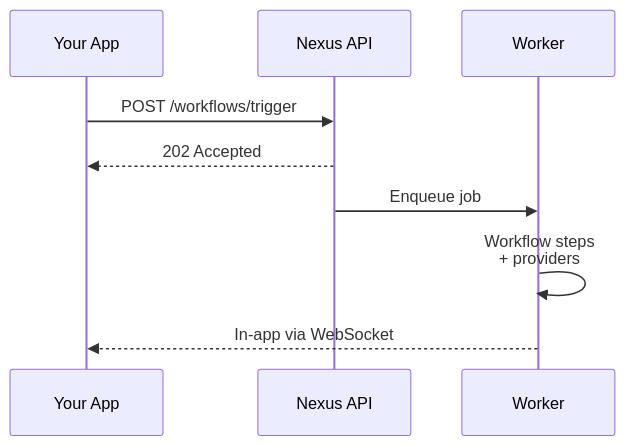
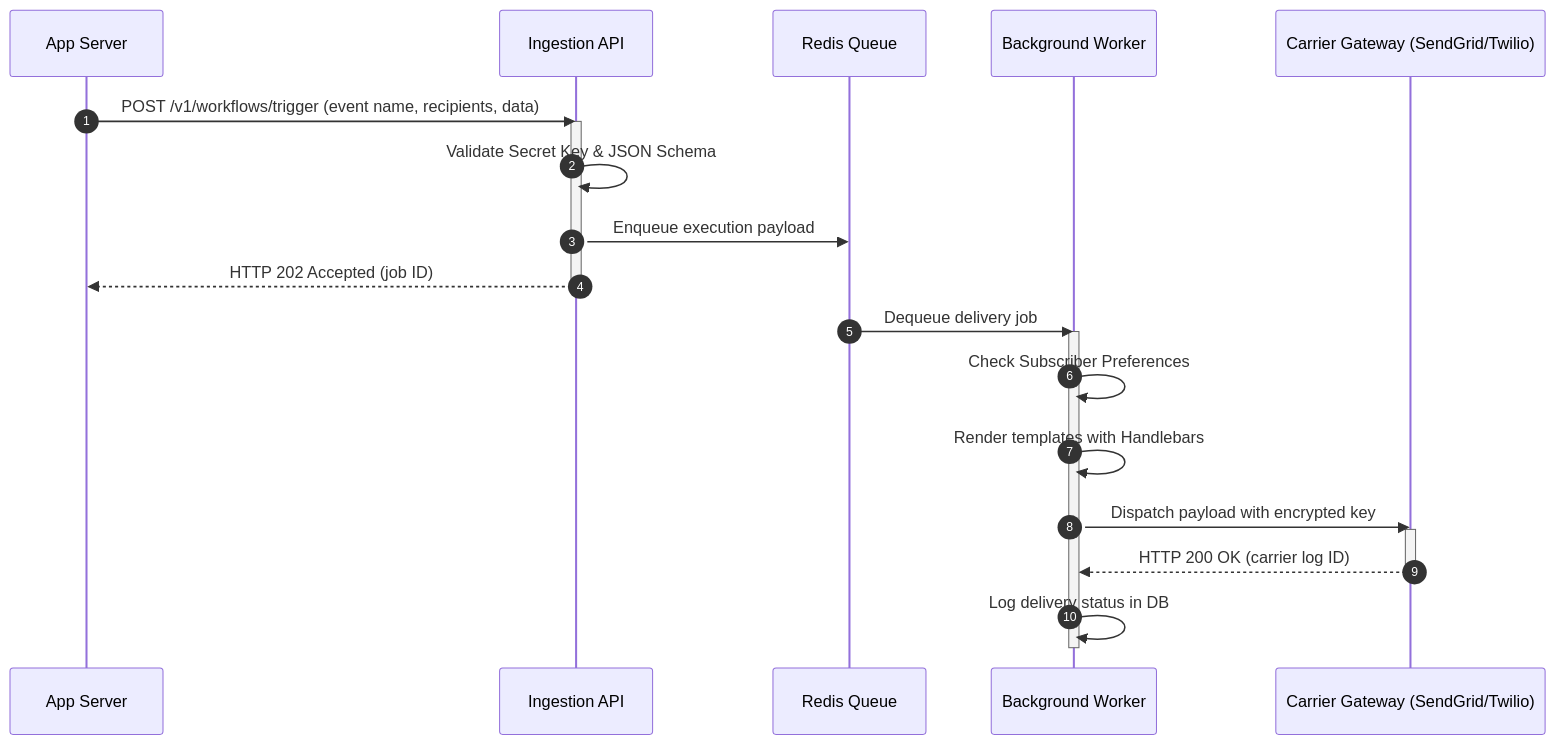
One commit to KriyanshKhunt/nexus_docs changed the diagram in content/docs/en/platform/getting-started/index.mdx. Above: the diagram before and after it, drawn with Mermaid. The commit also changed other lines of this file and 9 other files, not shown here.

````diff
--- a/content/docs/en/platform/getting-started/index.mdx
+++ b/content/docs/en/platform/getting-started/index.mdx
@@ -34,12 +52,27 @@
 ```mermaid
 sequenceDiagram
-  participant App as Your App
-  participant API as Nexus API
-  participant W as Worker
+    autonumber
+    participant App as App Server
+    participant API as Ingestion API
+    participant Q as Redis Queue
+    participant Worker as Background Worker
+    participant Carrier as Carrier Gateway (SendGrid/Twilio)
 
-  App->>API: POST /workflows/trigger
-  API-->>App: 202 Accepted
-  API->>W: Enqueue job
-  W->>W: Workflow steps<br/>+ providers
-  W-->>App: In-app via WebSocket
+    App->>API: POST /v1/workflows/trigger (event name, recipients, data)
+    activate API
+    API->>API: Validate Secret Key & JSON Schema
+    API->>Q: Enqueue execution payload
+    API-->>App: HTTP 202 Accepted (job ID)
+    deactivate API
+
+    Q->>Worker: Dequeue delivery job
+    activate Worker
+    Worker->>Worker: Check Subscriber Preferences
+    Worker->>Worker: Render templates with Handlebars
+    Worker->>Carrier: Dispatch payload with encrypted key
+    activate Carrier
+    Carrier-->>Worker: HTTP 200 OK (carrier log ID)
+    deactivate Carrier
+    Worker->>Worker: Log delivery status in DB
+    deactivate Worker
 ```
````
